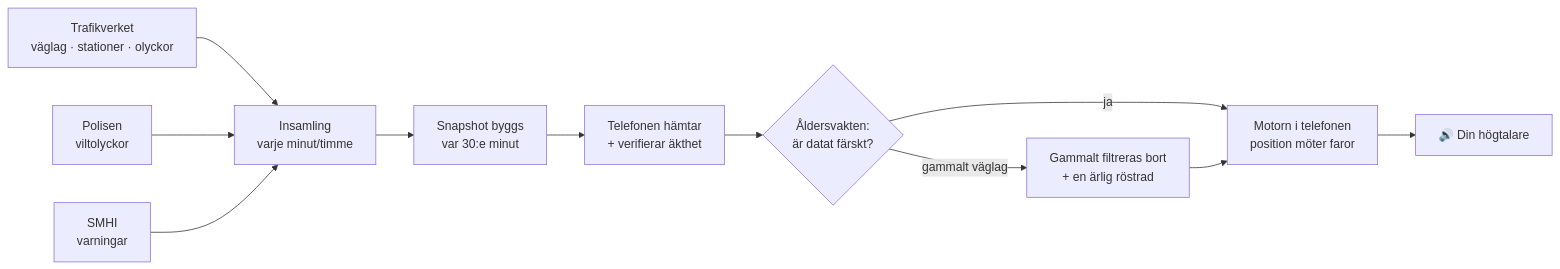
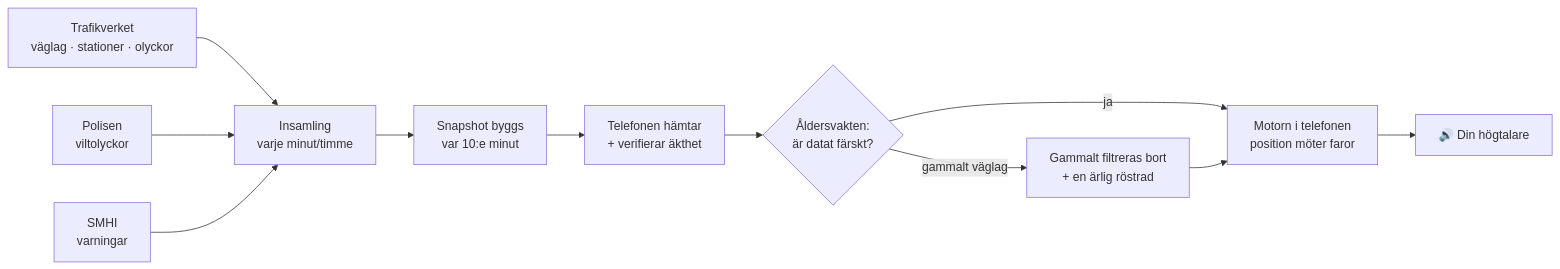
Before and after one commit to Axelstar/Halkvakt: the second of 2 diagrams in docs/PRODUKTBOK.md, drawn with Mermaid. The commit also changed other lines of this file, not shown here.

````diff
--- a/docs/PRODUKTBOK.md
+++ b/docs/PRODUKTBOK.md
@@ -129,13 +188,13 @@
 ```mermaid
 flowchart LR
     TV[Trafikverket<br/>väglag · stationer · olyckor] --> I[Insamling<br/>varje minut/timme]
     PO[Polisen<br/>viltolyckor] --> I
     SM[SMHI<br/>varningar] --> I
-    I --> S[Snapshot byggs<br/>var 30:e minut]
+    I --> S[Snapshot byggs<br/>var 10:e minut]
     S --> T[Telefonen hämtar<br/>+ verifierar äkthet]
     T --> Å{Åldersvakten:<br/>är datat färskt?}
     Å -- ja --> M[Motorn i telefonen<br/>position möter faror]
     Å -- "gammalt väglag" --> M2[Gammalt filtreras bort<br/>+ en ärlig röstrad]
     M2 --> M
     M --> R[🔊 Din högtalare]
 ```
````
